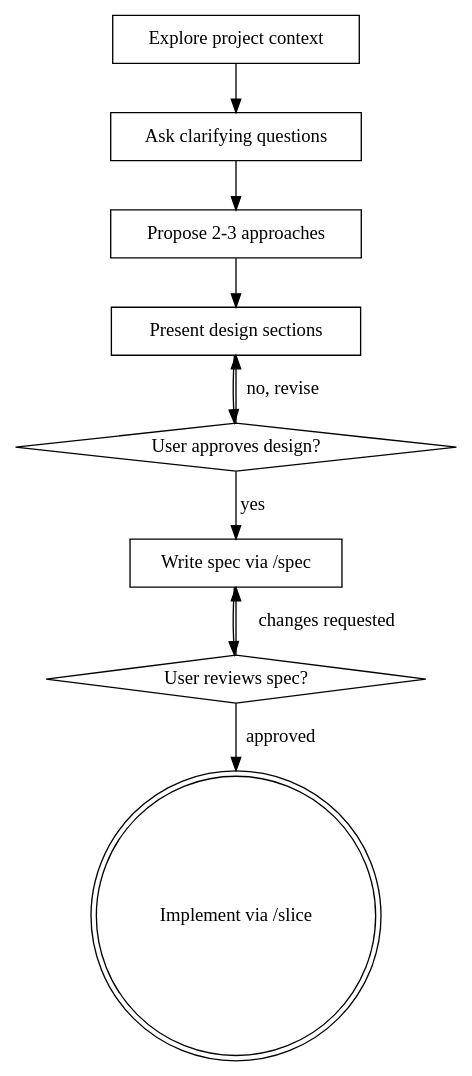
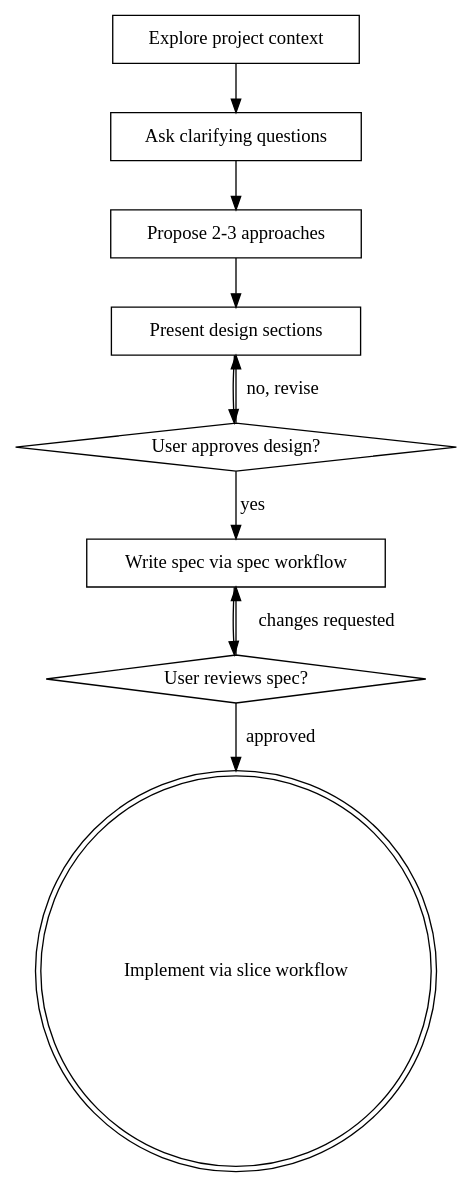
The diagram in .claude/skills/brainstorm/SKILL.md (yearofthedan/weaver), drawn with Graphviz before and after one commit. The commit also changed other lines of this file and 3 other files, not shown here.

````diff
--- a/.claude/skills/brainstorm/SKILL.md
+++ b/.claude/skills/brainstorm/SKILL.md
@@ -38,22 +38,22 @@
 ```dot
 digraph brainstorming {
     "Explore project context" [shape=box];
     "Ask clarifying questions" [shape=box];
     "Propose 2-3 approaches" [shape=box];
     "Present design sections" [shape=box];
     "User approves design?" [shape=diamond];
-    "Write spec via /spec" [shape=box];
+    "Write spec via spec workflow" [shape=box];
     "User reviews spec?" [shape=diamond];
-    "Implement via /slice" [shape=doublecircle];
+    "Implement via slice workflow" [shape=doublecircle];
 
     "Explore project context" -> "Ask clarifying questions";
     "Ask clarifying questions" -> "Propose 2-3 approaches";
     "Propose 2-3 approaches" -> "Present design sections";
     "Present design sections" -> "User approves design?";
     "User approves design?" -> "Present design sections" [label="no, revise"];
-    "User approves design?" -> "Write spec via /spec" [label="yes"];
-    "Write spec via /spec" -> "User reviews spec?";
-    "User reviews spec?" -> "Write spec via /spec" [label="changes requested"];
-    "User reviews spec?" -> "Implement via /slice" [label="approved"];
+    "User approves design?" -> "Write spec via spec workflow" [label="yes"];
+    "Write spec via spec workflow" -> "User reviews spec?";
+    "User reviews spec?" -> "Write spec via spec workflow" [label="changes requested"];
+    "User reviews spec?" -> "Implement via slice workflow" [label="approved"];
 }
 ```
````
